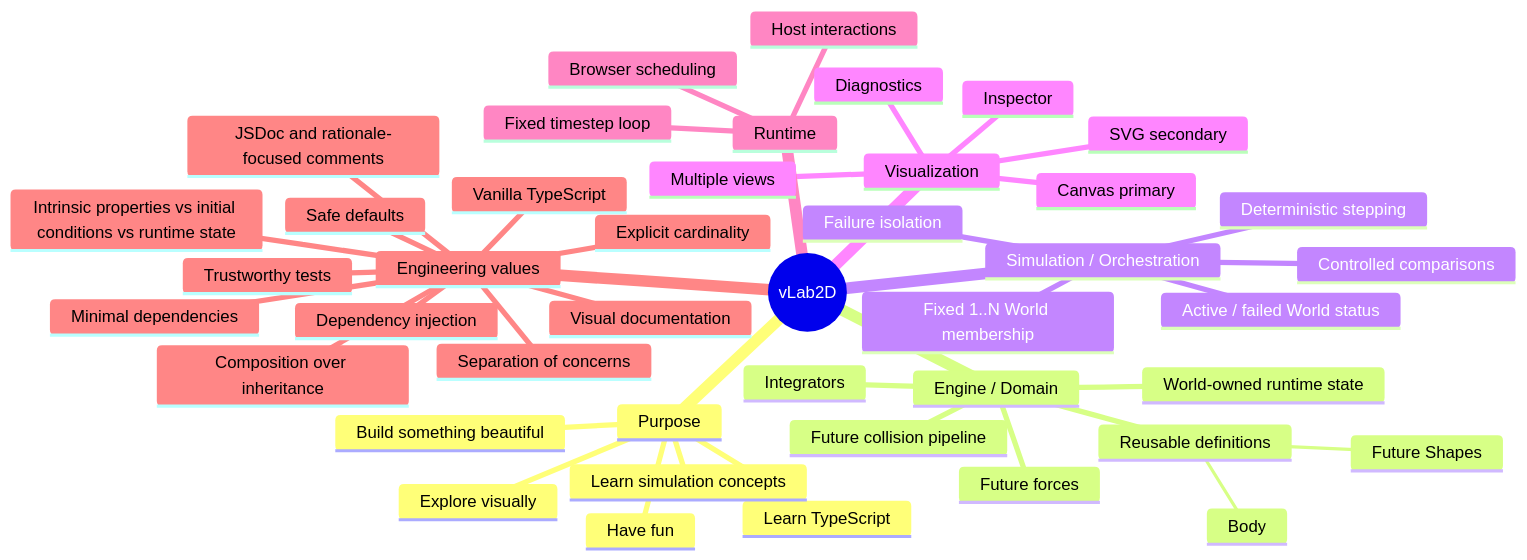
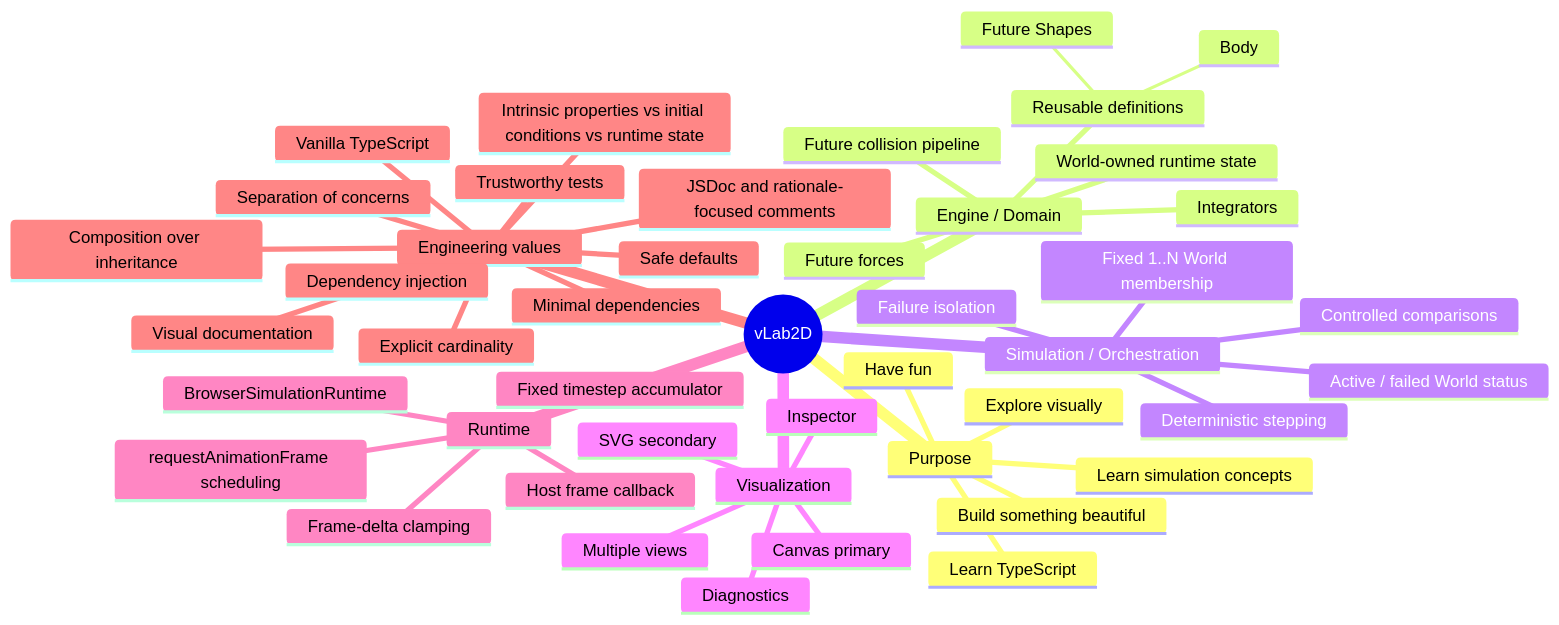
Before and after one commit to fa-ribeiro/vLab2D: the first of 9 diagrams in docs/project/project-map.md, drawn with Mermaid. The commit also changed other lines of this file and 10 other files, not shown here.

Commit message:
refactor(runtime): extract browser simulation loop

````diff
--- a/docs/project/project-map.md
+++ b/docs/project/project-map.md
@@ -7,46 +7,48 @@
 ```mermaid
 mindmap
   root((vLab2D))
     Purpose
       Learn TypeScript
       Learn simulation concepts
       Have fun
       Build something beautiful
       Explore visually
     Engine / Domain
       Reusable definitions
         Body
         Future Shapes
       World-owned runtime state
       Integrators
       Future forces
       Future collision pipeline
     Simulation / Orchestration
       Fixed 1..N World membership
       Deterministic stepping
       Active / failed World status
       Failure isolation
       Controlled comparisons
     Visualization
       Canvas primary
       SVG secondary
       Inspector
       Diagnostics
       Multiple views
     Runtime
-      Browser scheduling
-      Fixed timestep loop
-      Host interactions
+      BrowserSimulationRuntime
+      requestAnimationFrame scheduling
+      Frame-delta clamping
+      Fixed timestep accumulator
+      Host frame callback
     Engineering values
       Intrinsic properties vs initial conditions vs runtime state
       Safe defaults
       Explicit cardinality
       Vanilla TypeScript
       Minimal dependencies
       Separation of concerns
       Dependency injection
       Composition over inheritance
       JSDoc and rationale-focused comments
       Trustworthy tests
       Visual documentation
 ```
````
